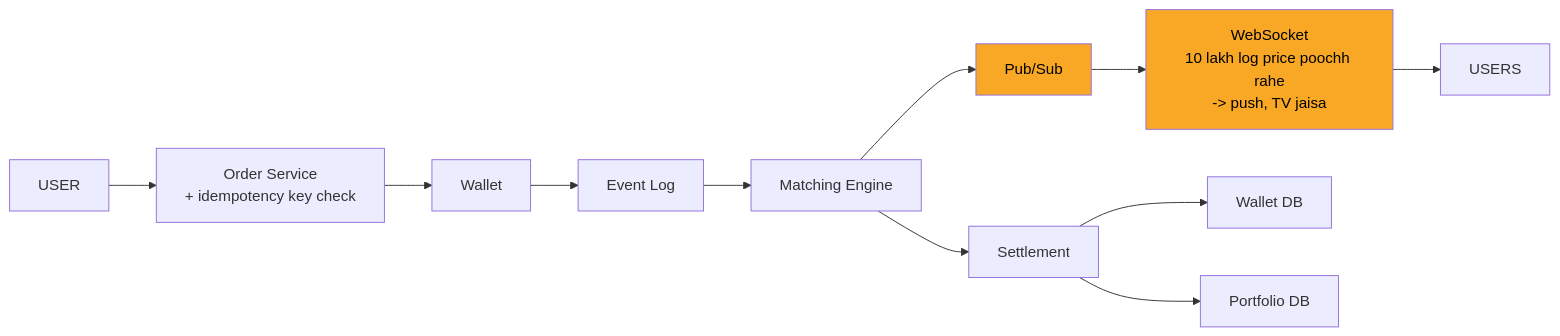
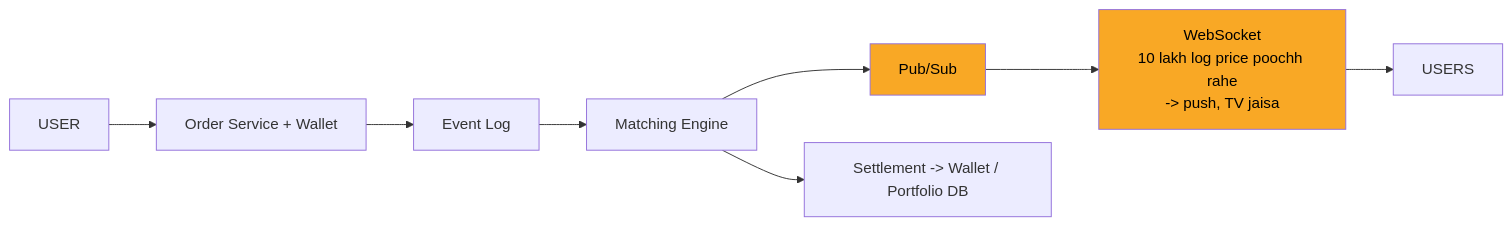
One commit to ArpanMaheshwari144/Prep changed the ninth of 10 diagrams in 04_HLD/SYSTEM_DESIGNS/05_stock_broker_trading/05_stock_broker_trading.md. Above: the diagram before and after it, drawn with Mermaid. The commit also changed 11 other files, not shown here.

Commit message:
hld: card diagrams max 8 boxes (App x N, merged stores/chains; full diagram only in AAKHRI DABBA)

````diff
--- a/04_HLD/SYSTEM_DESIGNS/05_stock_broker_trading/05_stock_broker_trading.md
+++ b/04_HLD/SYSTEM_DESIGNS/05_stock_broker_trading/05_stock_broker_trading.md
@@ -322,26 +322,20 @@
 ```mermaid
 flowchart LR
     n_USER["USER"]
-    n_Order_Service["Order Service<br/>+ idempotency key check"]
-    n_Wallet["Wallet"]
+    n_OW["Order Service + Wallet"]
     n_Event_Log["Event Log"]
     n_Matching_Engine["Matching Engine"]
     n_Pub_Sub["Pub/Sub"]
     n_WebSocket["WebSocket<br/>10 lakh log price poochh rahe<br/>-> push, TV jaisa"]
     n_USERS["USERS"]
-    n_Settlement["Settlement"]
-    n_Wallet_DB["Wallet DB"]
-    n_Portfolio_DB["Portfolio DB"]
-    n_USER --> n_Order_Service
-    n_Order_Service --> n_Wallet
-    n_Wallet --> n_Event_Log
+    n_SET["Settlement -> Wallet / Portfolio DB"]
+    n_USER --> n_OW
+    n_OW --> n_Event_Log
     n_Event_Log --> n_Matching_Engine
-    n_Matching_Engine --> n_Settlement
-    n_Settlement --> n_Wallet_DB
-    n_Settlement --> n_Portfolio_DB
+    n_Matching_Engine --> n_SET
     n_Matching_Engine --> n_Pub_Sub
     n_Pub_Sub --> n_WebSocket
     n_WebSocket --> n_USERS
     style n_Pub_Sub fill:#f9a825,color:#000
     style n_WebSocket fill:#f9a825,color:#000
 ```
````
